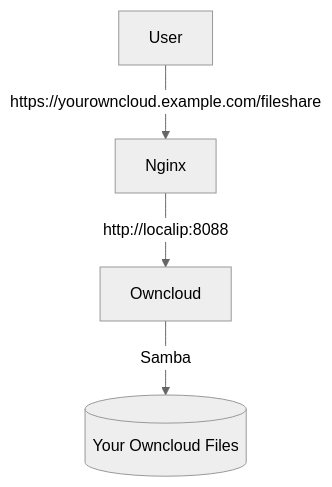
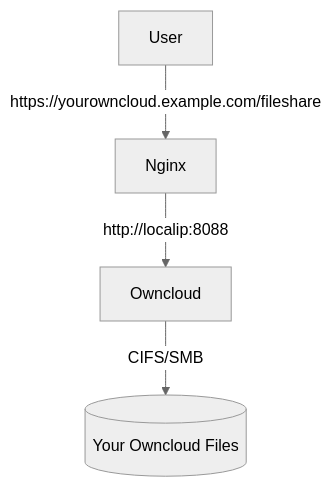
One commit to urdaalex/rpi-owncloud changed the diagram in README.md. Above: the diagram before and after it, drawn with Mermaid (neutral theme).

````diff
--- a/README.md
+++ b/README.md
@@ -6,6 +6,6 @@
 ```mermaid
 graph TD
     a[User] --> |https://yourowncloud.example.com/fileshare|b[Nginx];
     b --> |http://localip:8088| c[Owncloud];
-    c --> |Samba| d[(Your Owncloud Files)]
+    c --> |CIFS/SMB| d[(Your Owncloud Files)]
 ```
````
